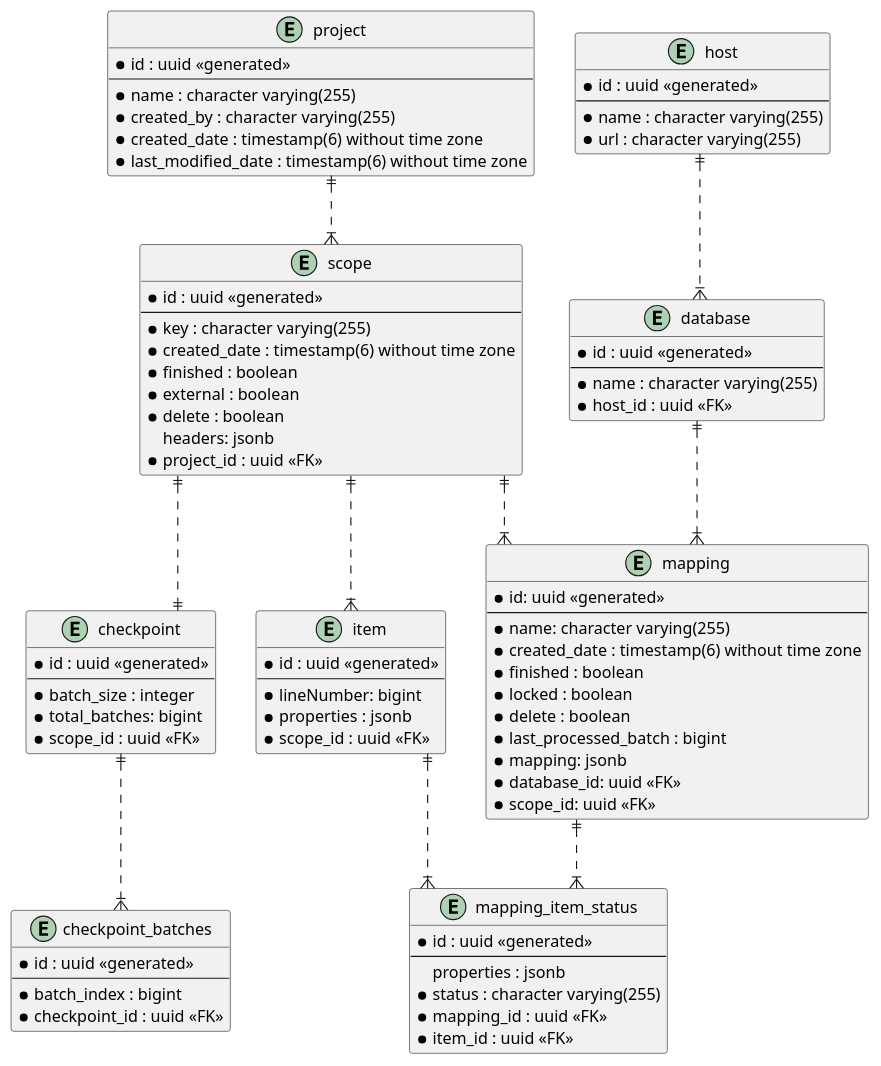
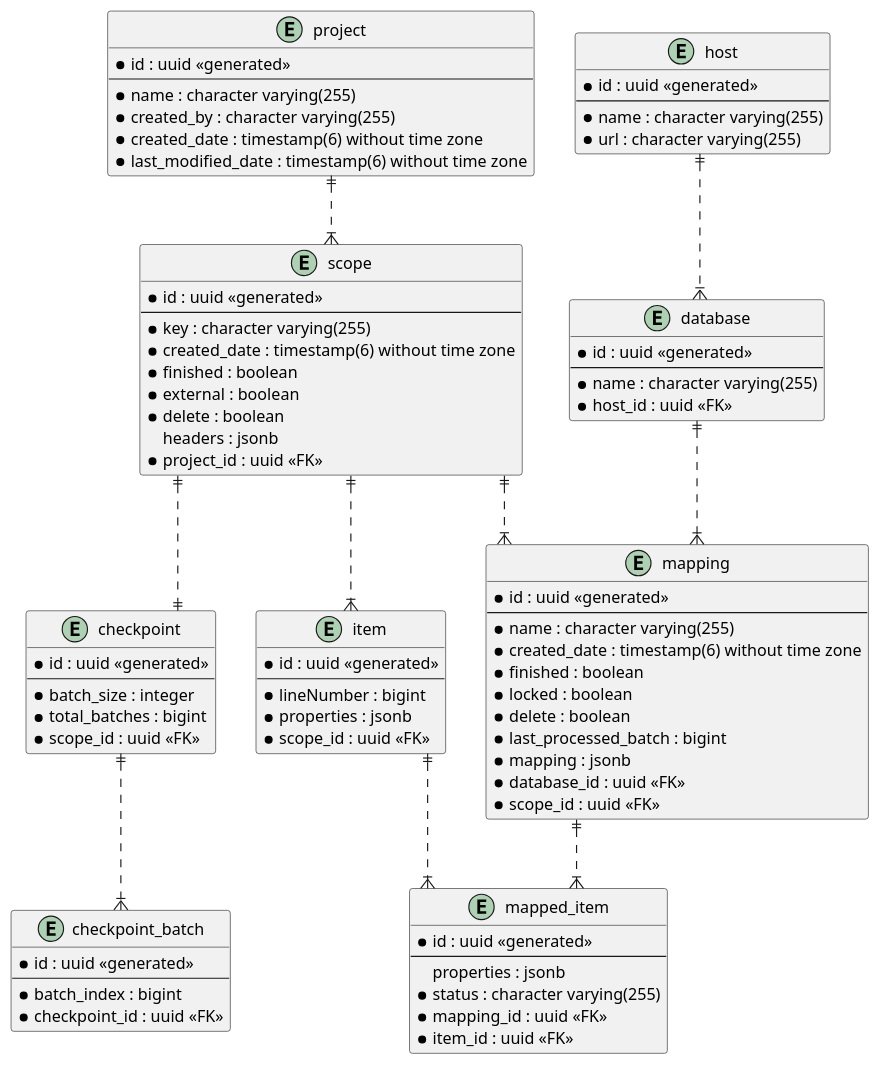
One commit to TuncerCatalkaya/data-migration changed the diagram in data-migration-documentation/src/main/images/databaseModel.puml. Above: the diagram before and after it, drawn with PlantUML. The commit also changed 17 other files, not shown here.

```diff
--- a/data-migration-documentation/src/main/images/databaseModel.puml
+++ b/data-migration-documentation/src/main/images/databaseModel.puml
@@ -1,98 +1,98 @@
 @startuml
 skinparam linetype ortho
 
 entity project {
     * id : uuid <<generated>>
     --
     * name : character varying(255)
     * created_by : character varying(255)
     * created_date : timestamp(6) without time zone
     * last_modified_date : timestamp(6) without time zone
 }
 
 entity scope {
     * id : uuid <<generated>>
     --
     * key : character varying(255)
     * created_date : timestamp(6) without time zone
     * finished : boolean
     * external : boolean
     * delete : boolean
-    headers: jsonb
+    headers : jsonb
     * project_id : uuid <<FK>>
 }
 
 entity item {
     * id : uuid <<generated>>
     --
-    * lineNumber: bigint
+    * lineNumber : bigint
     * properties : jsonb
     * scope_id : uuid <<FK>>
 }
 
 entity checkpoint {
     * id : uuid <<generated>>
     --
     * batch_size : integer
-    * total_batches: bigint
+    * total_batches : bigint
     * scope_id : uuid <<FK>>
 }
 
-entity checkpoint_batches {
+entity checkpoint_batch {
     * id : uuid <<generated>>
     --
     * batch_index : bigint
     * checkpoint_id : uuid <<FK>>
 }
 
 entity host {
     * id : uuid <<generated>>
     --
     * name : character varying(255)
     * url : character varying(255)
 }
 
 entity mapping {
-    * id: uuid <<generated>>
+    * id : uuid <<generated>>
     --
-    * name: character varying(255)
+    * name : character varying(255)
     * created_date : timestamp(6) without time zone
     * finished : boolean
     * locked : boolean
     * delete : boolean
     * last_processed_batch : bigint
-    * mapping: jsonb
-    * database_id: uuid <<FK>>
-    * scope_id: uuid <<FK>>
+    * mapping : jsonb
+    * database_id : uuid <<FK>>
+    * scope_id : uuid <<FK>>
 }
 
 entity database {
     * id : uuid <<generated>>
     --
     * name : character varying(255)
     * host_id : uuid <<FK>>
 }
 
-entity mapping_item_status {
+entity mapped_item {
     * id : uuid <<generated>>
     --
     properties : jsonb
     * status : character varying(255)
     * mapping_id : uuid <<FK>>
     * item_id : uuid <<FK>>
 }
 
 project ||..|{ scope
 scope ||..|{ item
 
 scope ||..|| checkpoint
-checkpoint ||..|{ checkpoint_batches
+checkpoint ||..|{ checkpoint_batch
 
 database ||..|{ mapping
 host ||..|{ database
 scope ||..|{ mapping
 
-item ||..|{ mapping_item_status
-mapping ||..|{ mapping_item_status
+item ||..|{ mapped_item
+mapping ||..|{ mapped_item
 
 @enduml
```
